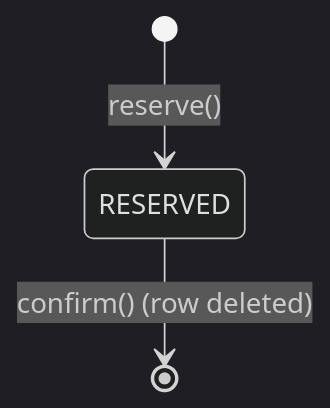
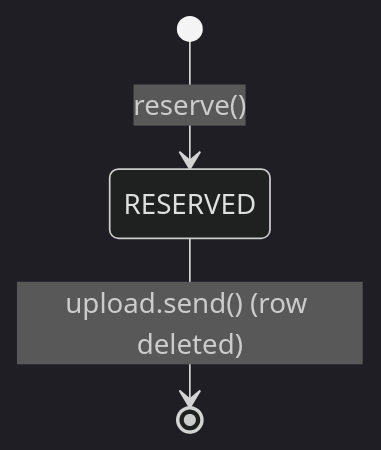
The first of 8 diagrams in packages/reactor/docs/attachments.md (powerhouse-inc/powerhouse), drawn with Mermaid (dark theme) before and after one commit. The commit also changed other lines of this file, not shown here.

Commit message:
chore: removing operations and simplifying upload through attachment service

````diff
--- a/packages/reactor/docs/attachments.md
+++ b/packages/reactor/docs/attachments.md
@@ -55,5 +90,5 @@
 ```mermaid
 stateDiagram-v2
     [*] --> RESERVED : reserve()
-    RESERVED --> [*] : confirm() (row deleted)
+    RESERVED --> [*] : upload.send() (row deleted)
 ```
````
